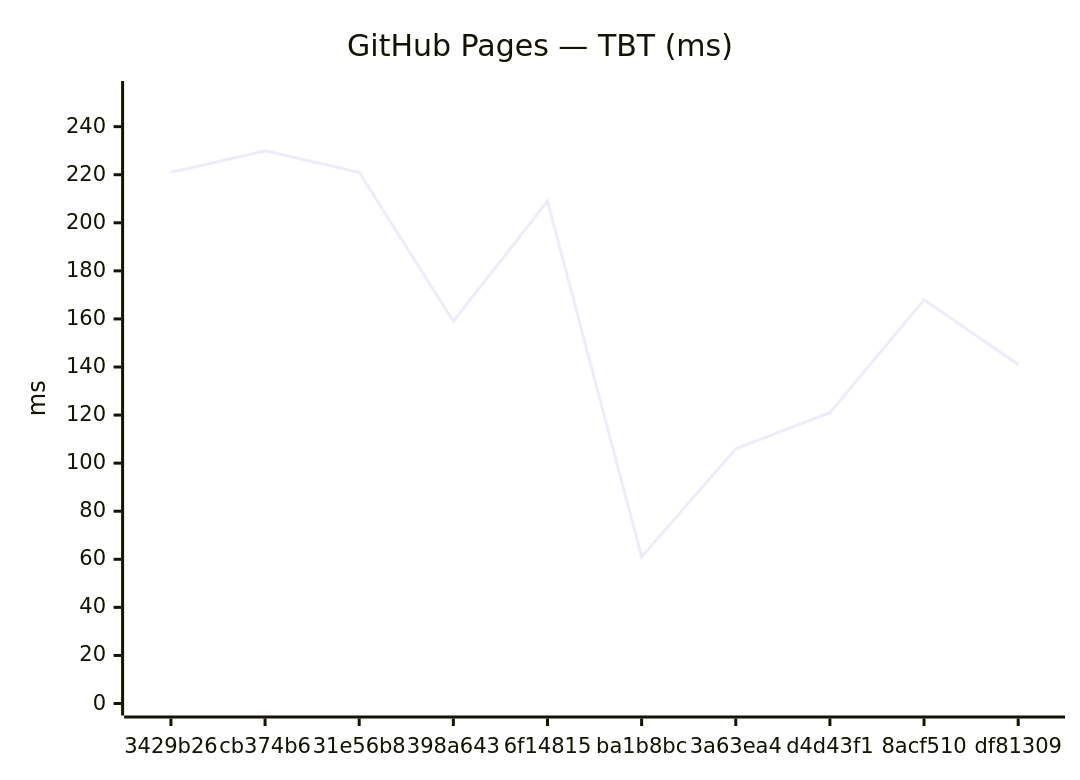
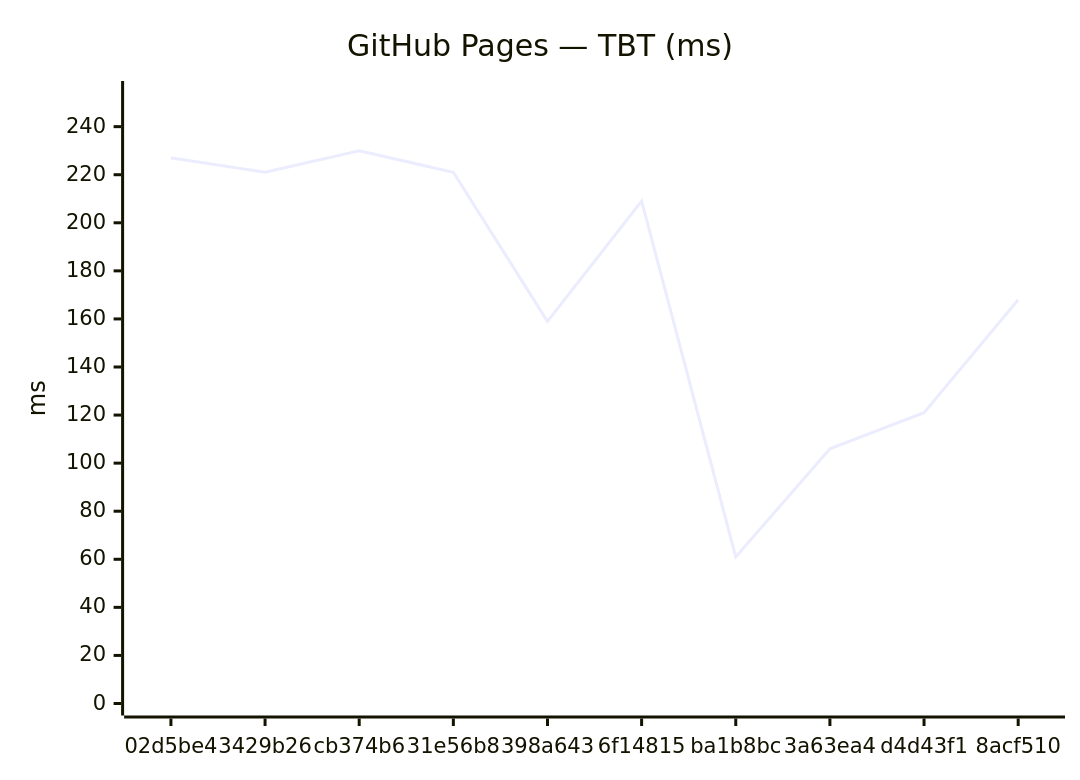
The fourth of 18 diagrams in benchmarks/compare.md (Metaheurist/Rianell), drawn with Mermaid before and after one commit. The commit also changed other lines of this file and 11 other files, not shown here.

````diff
--- a/benchmarks/compare.md
+++ b/benchmarks/compare.md
@@ -61,7 +61,7 @@
 ```mermaid
 xychart-beta
     title "GitHub Pages — TBT (ms)"
-    x-axis ["3429b26", "cb374b6", "31e56b8", "398a643", "6f14815", "ba1b8bc", "3a63ea4", "d4d43f1", "8acf510", "df81309"]
+    x-axis ["02d5be4", "3429b26", "cb374b6", "31e56b8", "398a643", "6f14815", "ba1b8bc", "3a63ea4", "d4d43f1", "8acf510"]
     y-axis "ms" 0 --> 254
-    line [221, 230, 221, 159, 209, 61, 106, 121, 168, 141]
+    line [227, 221, 230, 221, 159, 209, 61, 106, 121, 168]
 ```
````
